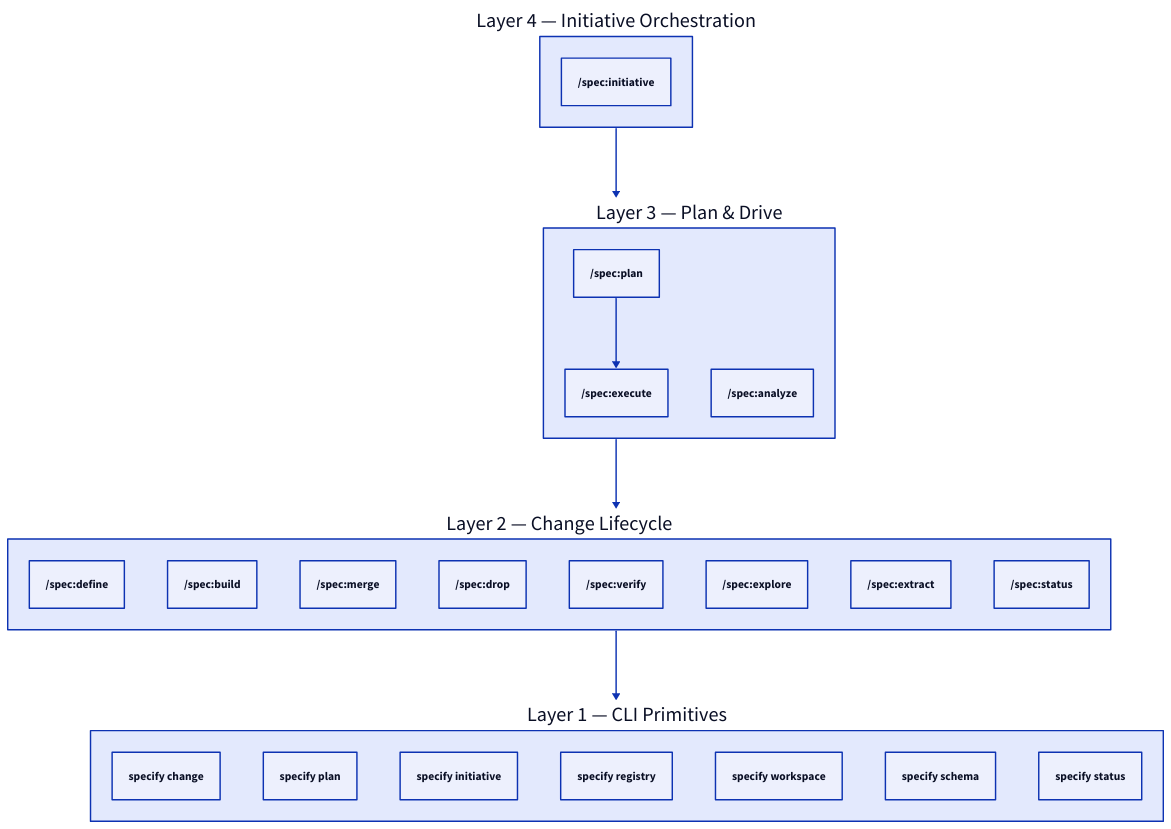
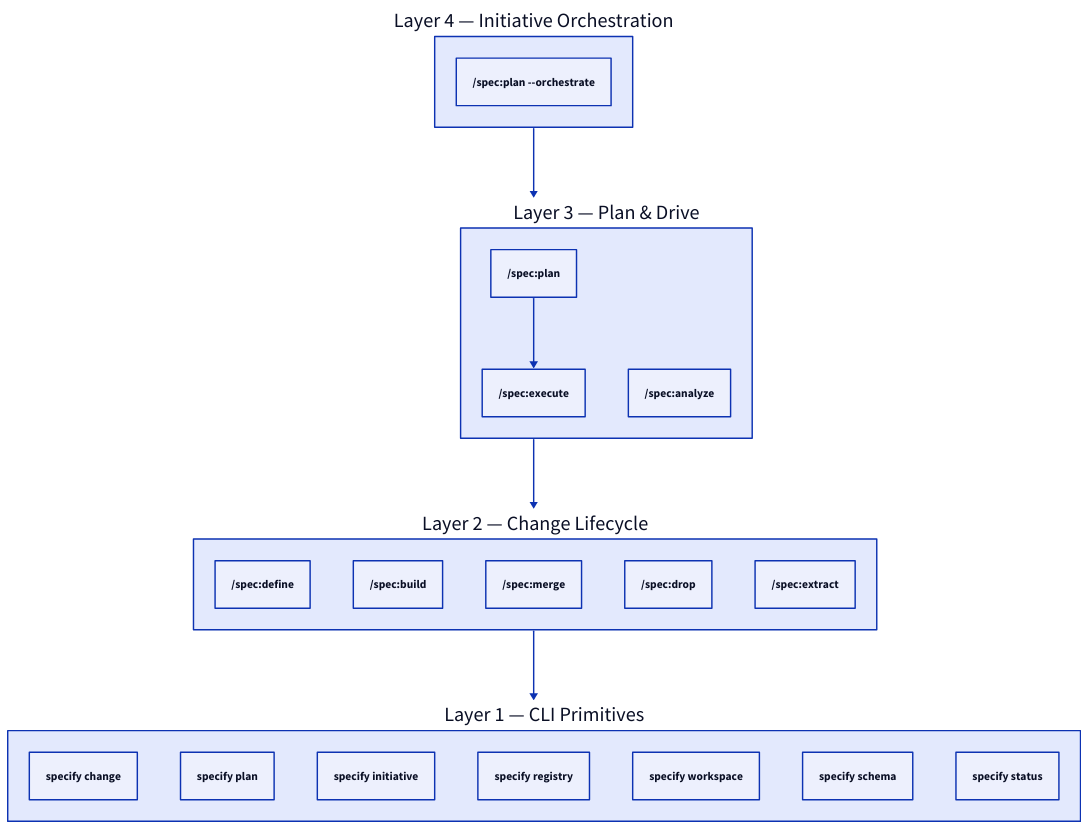
Before and after one commit to augentic/anvil: the diagram in docs/explanation/three-layer-stack.md, drawn with D2. The commit also changed other lines of this file and 237 other files, not shown here.

````diff
--- a/docs/explanation/three-layer-stack.md
+++ b/docs/explanation/three-layer-stack.md
@@ -7,39 +7,36 @@
 ```d2
 direction: down
 
 Layer4: "Layer 4 — Initiative Orchestration" {
-  initiative: "/spec:initiative"
+  initiative: "/spec:plan --orchestrate"
 }
 
 Layer3: "Layer 3 — Plan & Drive" {
   plan: "/spec:plan"
   execute: "/spec:execute"
   analyze: "/spec:analyze"
   plan -> execute
 }
 
 Layer2: "Layer 2 — Change Lifecycle" {
   define: "/spec:define"
   build: "/spec:build"
   mergeSkill: "/spec:merge"
   drop: "/spec:drop"
-  verify: "/spec:verify"
-  explore: "/spec:explore"
   extract: "/spec:extract"
-  status: "/spec:status"
 }
 
 Layer1: "Layer 1 — CLI Primitives" {
   changeCli: "specify change"
   planCli: "specify plan"
   initCli: "specify initiative"
   registryCli: "specify registry"
   workspaceCli: "specify workspace"
   schemaCli: "specify schema"
   statusCli: "specify status"
 }
 
 Layer4 -> Layer3
 Layer3 -> Layer2
 Layer2 -> Layer1
 ```
````
